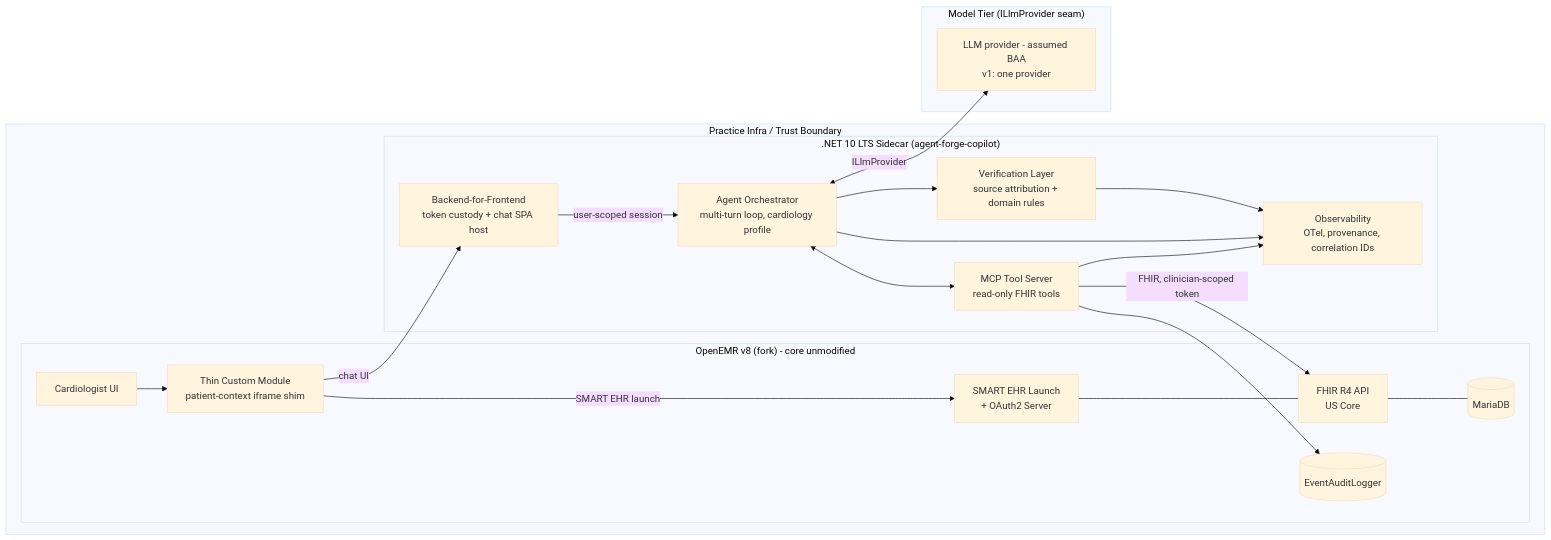
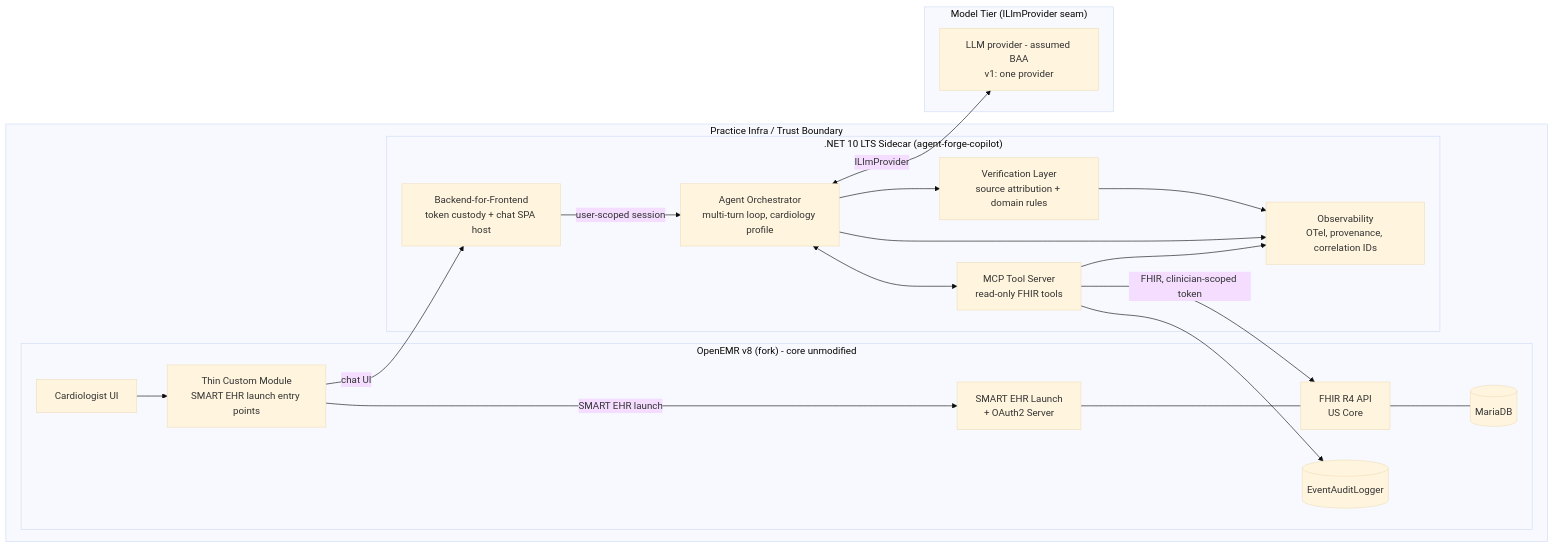
Before and after one commit to adammarquette/agent-forge-copilot: the first of 4 diagrams in documentation/ARCHITECTURE.md, drawn with Mermaid (base theme). The commit also changed other lines of this file and 3 other files, not shown here.

First line of the commit message:
docs: reconcile launch-flow docs with shipped oe-module-agentforge

````diff
--- a/documentation/ARCHITECTURE.md
+++ b/documentation/ARCHITECTURE.md
@@ -102,38 +104,38 @@
 ```mermaid
 flowchart LR
     subgraph Practice["Practice Infra / Trust Boundary"]
         subgraph OpenEMR["OpenEMR v8 (fork) - core unmodified"]
             UI[Cardiologist UI]
-            MOD[Thin Custom Module<br/>patient-context iframe shim]
+            MOD[Thin Custom Module<br/>SMART EHR launch entry points]
             SMART[SMART EHR Launch<br/>+ OAuth2 Server]
             FHIR[FHIR R4 API<br/>US Core]
             AUDIT[(EventAuditLogger)]
             DB[(MariaDB)]
         end
         subgraph Copilot[".NET 10 LTS Sidecar (agent-forge-copilot)"]
             BFF[Backend-for-Frontend<br/>token custody + chat SPA host]
             ORCH[Agent Orchestrator<br/>multi-turn loop, cardiology profile]
             MCP[MCP Tool Server<br/>read-only FHIR tools]
             VER[Verification Layer<br/>source attribution + domain rules]
             OBS[Observability<br/>OTel, provenance, correlation IDs]
         end
     end
     subgraph ModelTier["Model Tier (ILlmProvider seam)"]
         LLM[LLM provider - assumed BAA<br/>v1: one provider]
     end
 
     UI --> MOD
     MOD -->|SMART EHR launch| SMART
     MOD -->|chat UI| BFF
     BFF -->|user-scoped session| ORCH
     ORCH <--> MCP
     ORCH --> VER
     MCP -->|FHIR, clinician-scoped token| FHIR
     SMART --- FHIR
     FHIR --- DB
     MCP --> OBS
     ORCH --> OBS
     VER --> OBS
     MCP --> AUDIT
     ORCH <-->|ILlmProvider| LLM
 ```
````
